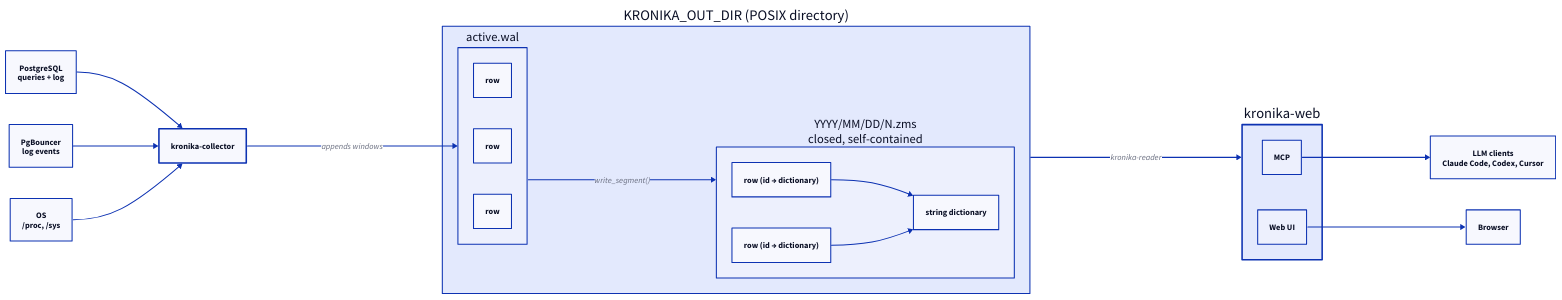
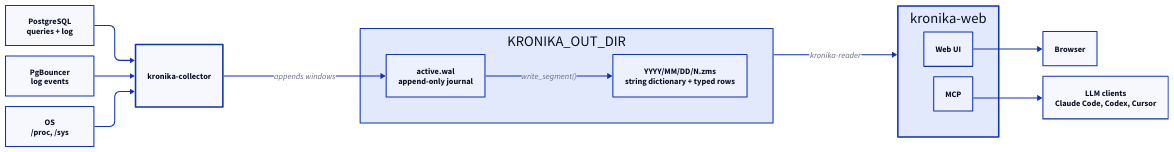
Before and after one commit to vadv/Kronika: the diagram in docs/diagrams/architecture.d2, drawn with D2. The commit also changed 2 other files, not shown here.

Commit message:
docs: lay the architecture diagram out with elk instead of dagre
The dagre layout scattered the boxes and drowned the flow in empty
space. The elk engine keeps one left-to-right lane, the hand-drawn
sketch filter is gone, and the inner row/dictionary boxes collapse
into their parents' labels, so the picture reads at a glance.

Claude-Session: https://claude.ai/code/session_01PLmQWZzFXFZKMCWR7PAw1n

```diff
--- a/docs/diagrams/architecture.d2
+++ b/docs/diagrams/architecture.d2
@@ -1,47 +1,43 @@
 # Kronika architecture. Regenerate the committed SVG with `make diagrams`.
+
+vars: {
+  d2-config: {
+    layout-engine: elk
+  }
+}
 
 direction: right
 
-pg: PostgreSQL\nqueries + log
-pgb: PgBouncer\nlog events
-os: OS\n/proc, /sys
+pg: PostgreSQL\nqueries + log {width: 170}
+pgb: PgBouncer\nlog events {width: 170}
+os: OS\n/proc, /sys {width: 170}
 
 collector: kronika-collector {
   style.stroke-width: 3
 }
 
 pg -> collector
 pgb -> collector
 os -> collector
 
-storage: KRONIKA_OUT_DIR (POSIX directory) {
-  wal: active.wal {
-    r1: row
-    r2: row
-    r3: row
-  }
-  segment: YYYY/MM/DD/N.zms\nclosed, self-contained {
-    dict: string dictionary
-    row1: row (id → dictionary)
-    row2: row (id → dictionary)
-    row1 -> dict
-    row2 -> dict
-  }
+storage: KRONIKA_OUT_DIR {
+  wal: active.wal\nappend-only journal
+  segment: YYYY/MM/DD/N.zms\nstring dictionary + typed rows
   wal -> segment: write_segment()
 }
 
 collector -> storage.wal: appends windows
 
 web: kronika-web {
   style.stroke-width: 3
   ui: Web UI
   mcp: MCP
 }
 
 storage -> web: kronika-reader
 
 browser: Browser
 llm: LLM clients\nClaude Code, Codex, Cursor
 
 web.ui -> browser
 web.mcp -> llm
```
